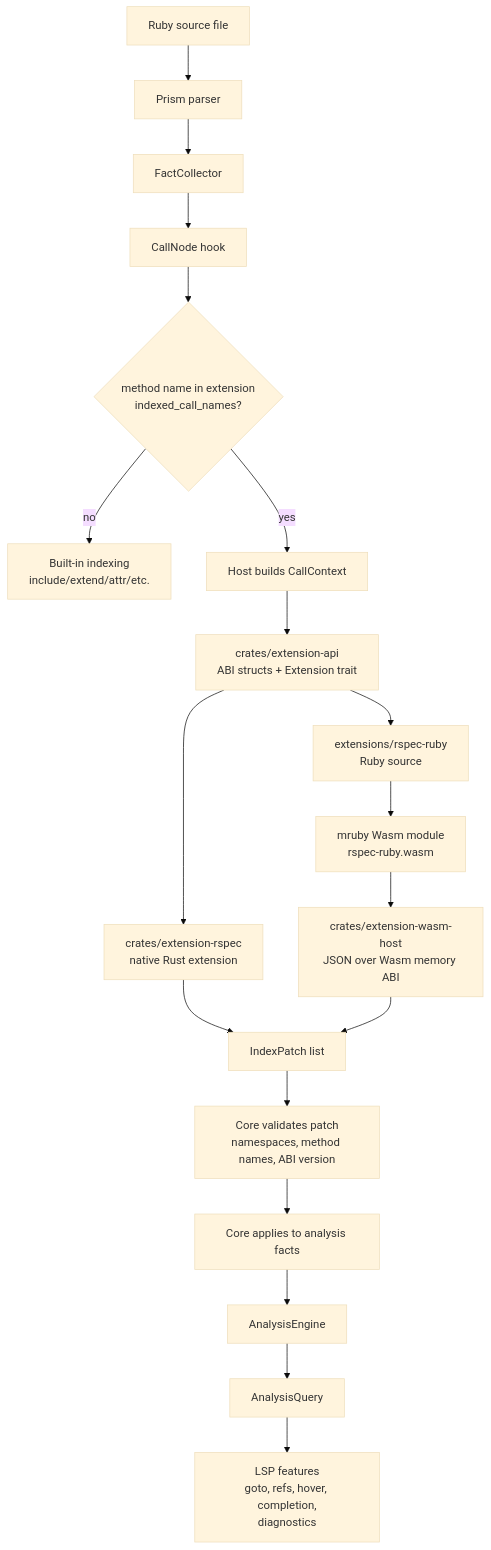
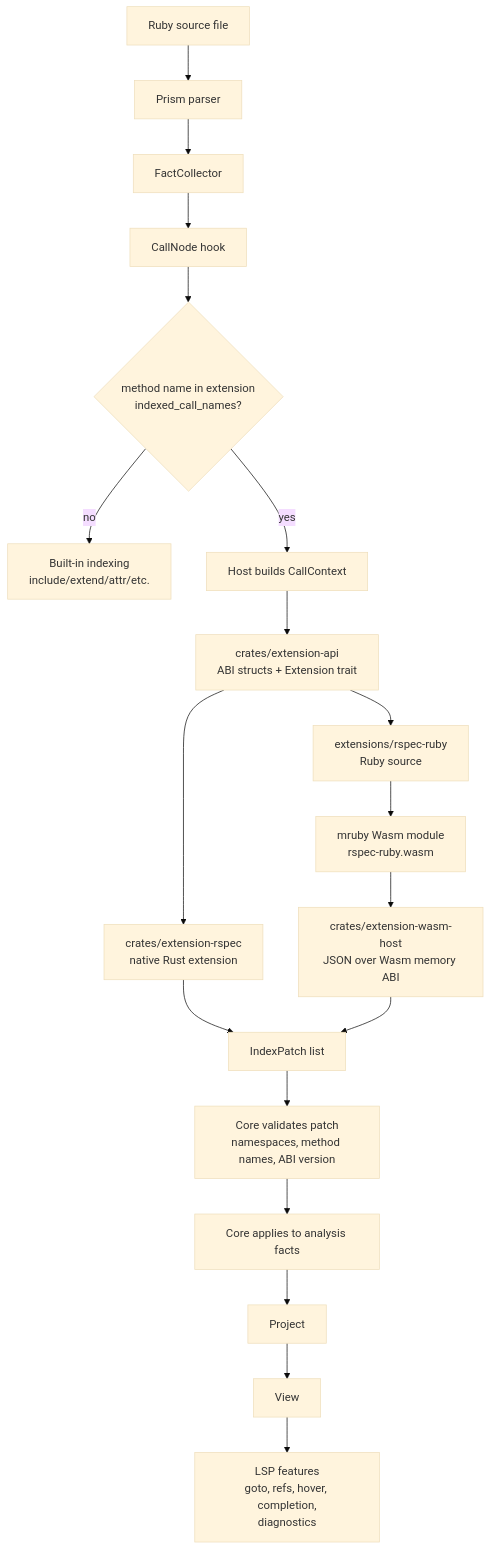
Before and after one commit to rajnaveen344/ruby-fast-lsp: the first of 3 diagrams in extensions/README.md, drawn with Mermaid (base theme). The commit also changed other lines of this file and 54 other files, not shown here.

First line of the commit message:
Remove the former engine and query type names and the fact replacement forwarders

````diff
--- a/extensions/README.md
+++ b/extensions/README.md
@@ -6,25 +6,25 @@
 ```mermaid
 flowchart TD
     RubySource[Ruby source file] --> Prism[Prism parser]
     Prism --> FactCollector[FactCollector]
     FactCollector --> CallNode[CallNode hook]
 
     CallNode --> Filter{method name in extension\nindexed_call_names?}
     Filter -- no --> Builtins[Built-in indexing\ninclude/extend/attr/etc.]
     Filter -- yes --> HostCtx[Host builds CallContext]
 
     HostCtx --> ExtApi[crates/extension-api\nABI structs + Extension trait]
     ExtApi --> RSpecRust[crates/extension-rspec\nnative Rust extension]
     ExtApi --> RSpecRuby[extensions/rspec-ruby\nRuby source]
     RSpecRuby --> Mruby[mruby Wasm module\nrspec-ruby.wasm]
     Mruby --> WasmHost[crates/extension-wasm-host\nJSON over Wasm memory ABI]
     RSpecRust --> Patches[IndexPatch list]
     WasmHost --> Patches
 
     Patches --> Validate[Core validates patch\nnamespaces, method names, ABI version]
     Validate --> Apply[Core applies to analysis facts]
-    Apply --> Engine[AnalysisEngine]
+    Apply --> Engine[Project]
 
-    Engine --> Query[AnalysisQuery]
+    Engine --> Query[View]
     Query --> LspFeatures[LSP features\ngoto, refs, hover, completion,\ndiagnostics]
 ```
````
